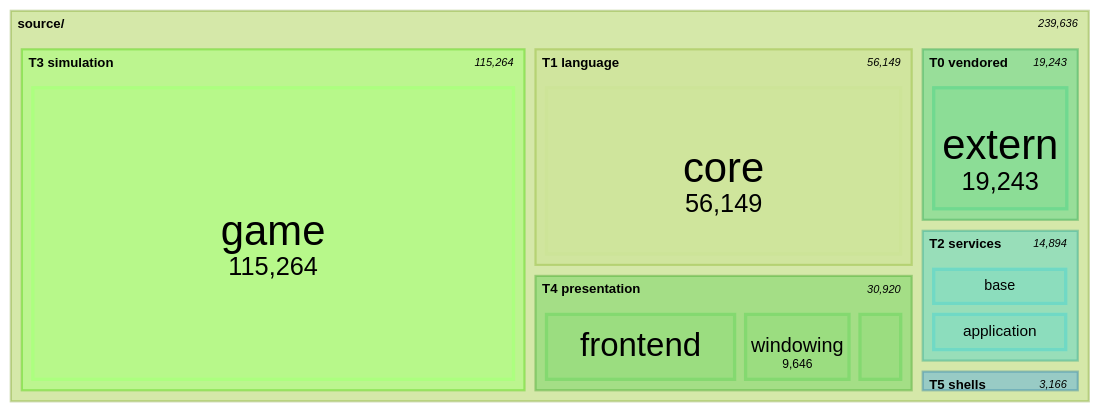
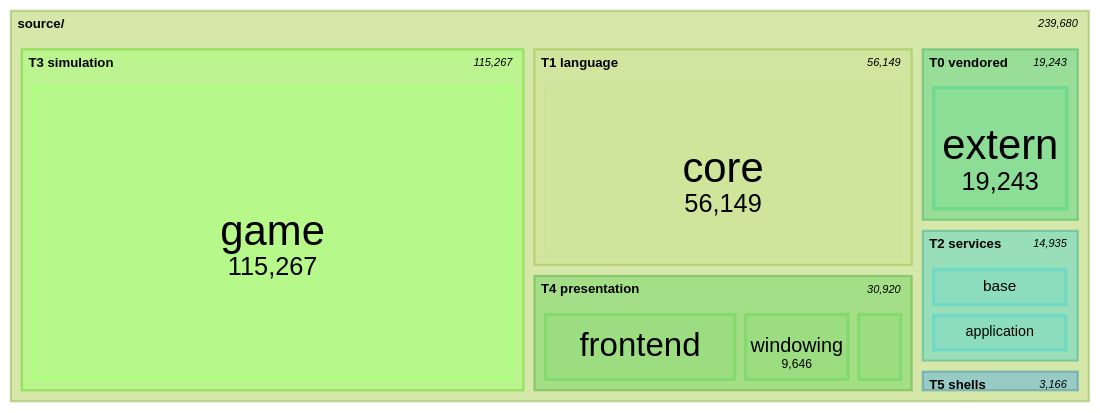
One commit to apnex/OpenStarbound changed the seventh of 11 diagrams in docs/architecture/system-boundaries.md. Above: the diagram before and after it, drawn with Mermaid (forest theme). The commit also changed other lines of this file and 5 other files, not shown here.

````diff
--- a/docs/architecture/system-boundaries.md
+++ b/docs/architecture/system-boundaries.md
@@ -577,21 +577,21 @@
 ```mermaid
 treemap-beta
 "source/"
     "T0 vendored"
         "extern": 19243
     "T1 language"
         "core": 56149
     "T2 services"
-        "base": 7380
+        "base": 7421
         "application": 7372
         "platform": 142
     "T3 simulation"
-        "game": 115264
+        "game": 115267
     "T4 presentation"
         "frontend": 16861
         "windowing": 9646
         "rendering": 4413
     "T5 shells"
         "client": 2383
         "server": 783
 ```
````
